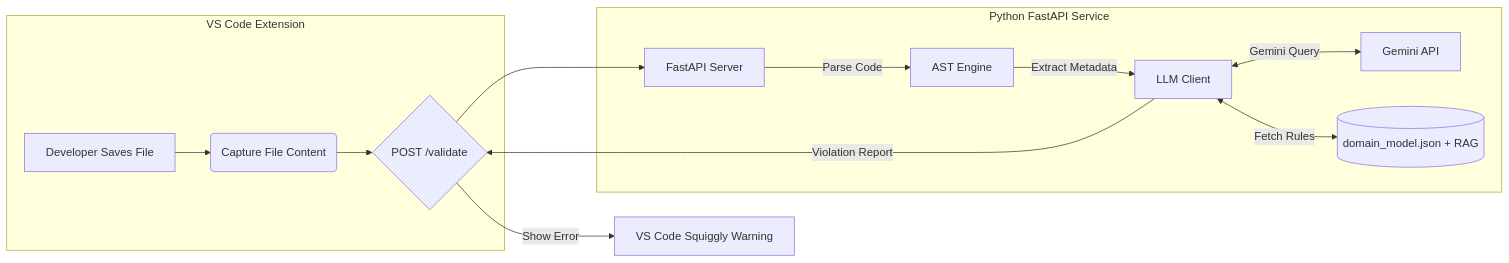
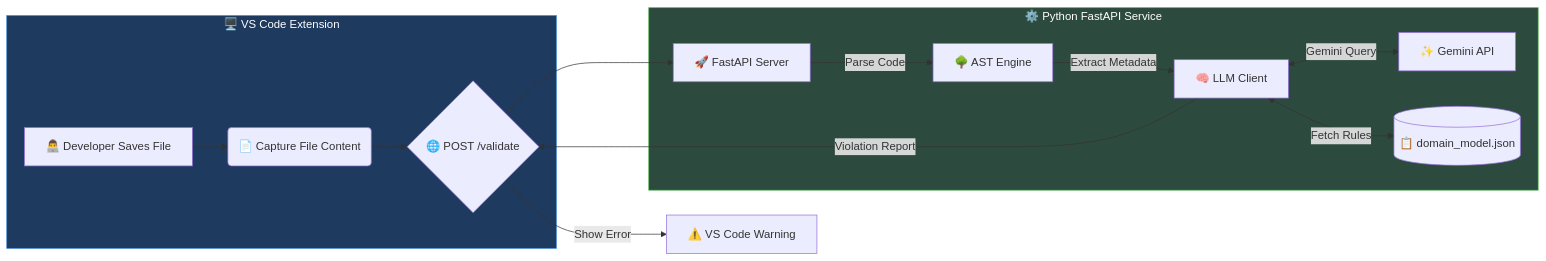
The diagram in readme.md (barandincoguz/DDD-Enforcer), drawn with Mermaid before and after one commit. The commit also changed other lines of this file and 1 other file, not shown here.

````diff
--- a/readme.md
+++ b/readme.md
@@ -71,18 +121,21 @@
 ```mermaid
 graph LR
-    subgraph IDE [VS Code Extension]
-        A[Developer Saves File] --> B(Capture File Content)
-        B --> C{POST /validate}
+    subgraph IDE ["🖥️ VS Code Extension"]
+        A["👨‍💻 Developer Saves File"] --> B("📄 Capture File Content")
+        B --> C{"🌐 POST /validate"}
     end
 
-    subgraph Backend [Python FastAPI Service]
-        C --> D[FastAPI Server]
-        D -->|Parse Code| E[AST Engine]
-        E -->|Extract Metadata| F[LLM Client]
-        F <-->|Gemini Query| G[Gemini API]
-        F <-->|Fetch Rules| H[(domain_model.json + RAG)]
+    subgraph Backend ["⚙️ Python FastAPI Service"]
+        C --> D["🚀 FastAPI Server"]
+        D -->|Parse Code| E["🌳 AST Engine"]
+        E -->|Extract Metadata| F["🧠 LLM Client"]
+        F <-->|"Gemini Query"| G["✨ Gemini API"]
+        F <-->|"Fetch Rules"| H[("📋 domain_model.json")]
     end
 
-    F -->|Violation Report| C
-    C -->|Show Error| I[VS Code Squiggly Warning]
+    F -->|"Violation Report"| C
+    C -->|"Show Error"| I["⚠️ VS Code Warning"]
+
+    style IDE fill:#1e3a5f,stroke:#4a90d9,color:#fff
+    style Backend fill:#2d4a3e,stroke:#5cb85c,color:#fff
 ```
````
